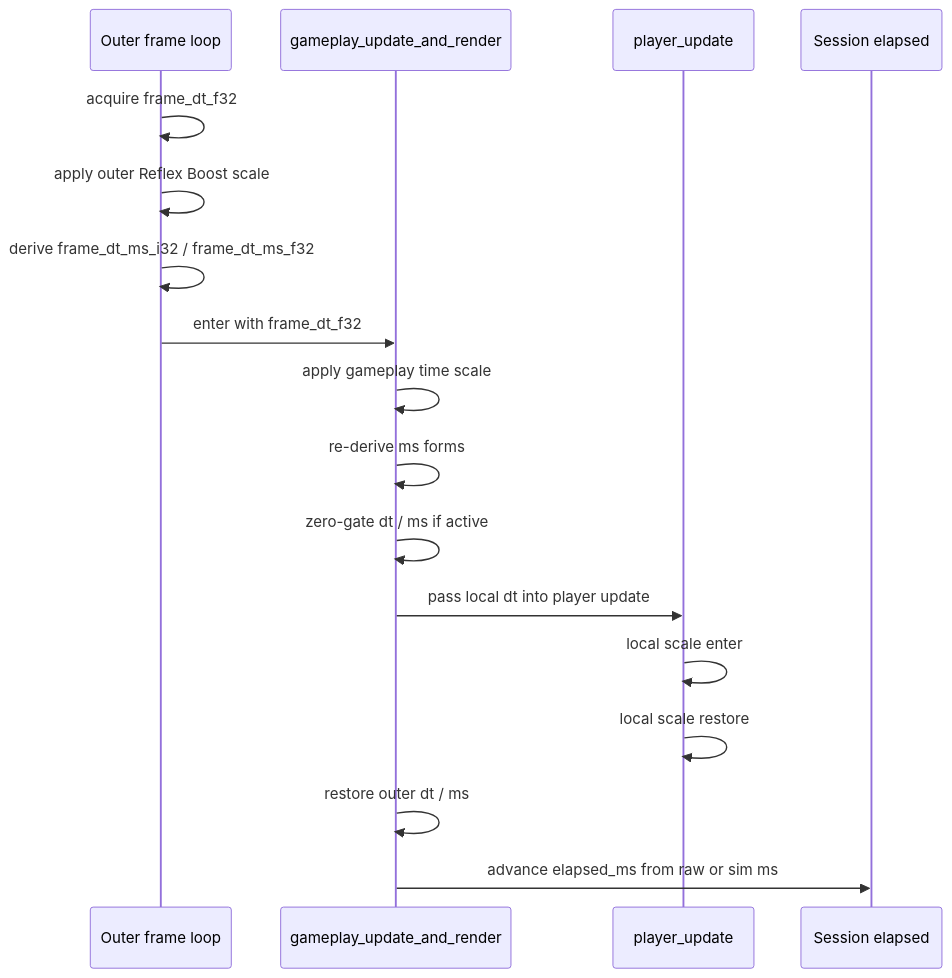
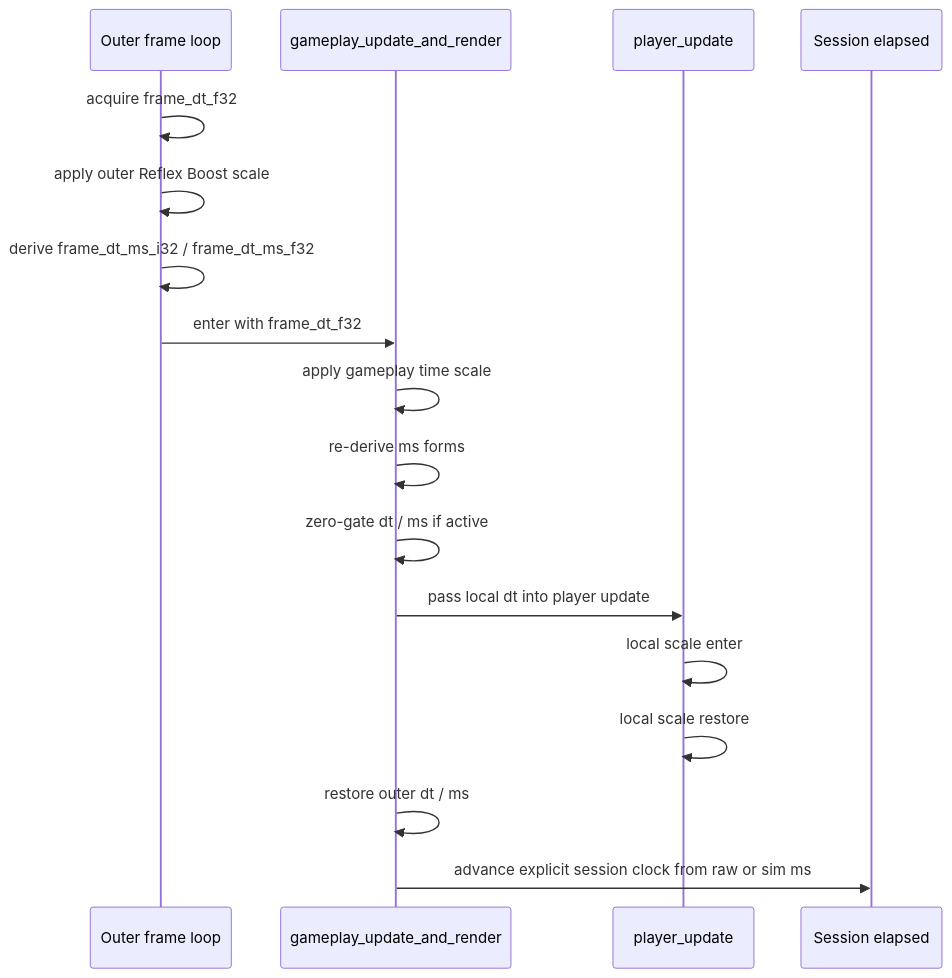
Before and after one commit to banteg/crimson: the third of 4 diagrams in TIMING_SAMPLES_MEMO.md, drawn with Mermaid. The commit also changed other lines of this file and 38 other files, not shown here.

Commit message:
refactor(replay): make elapsed clocks explicit

````diff
--- a/TIMING_SAMPLES_MEMO.md
+++ b/TIMING_SAMPLES_MEMO.md
@@ -204,20 +213,20 @@
 ```mermaid
 sequenceDiagram
     participant O as Outer frame loop
     participant G as gameplay_update_and_render
     participant P as player_update
     participant S as Session elapsed
 
     O->>O: acquire frame_dt_f32
     O->>O: apply outer Reflex Boost scale
     O->>O: derive frame_dt_ms_i32 / frame_dt_ms_f32
     O->>G: enter with frame_dt_f32
     G->>G: apply gameplay time scale
     G->>G: re-derive ms forms
     G->>G: zero-gate dt / ms if active
     G->>P: pass local dt into player update
     P->>P: local scale enter
     P->>P: local scale restore
     G->>G: restore outer dt / ms
-    G->>S: advance elapsed_ms from raw or sim ms
+    G->>S: advance explicit session clock from raw or sim ms
 ```
````
